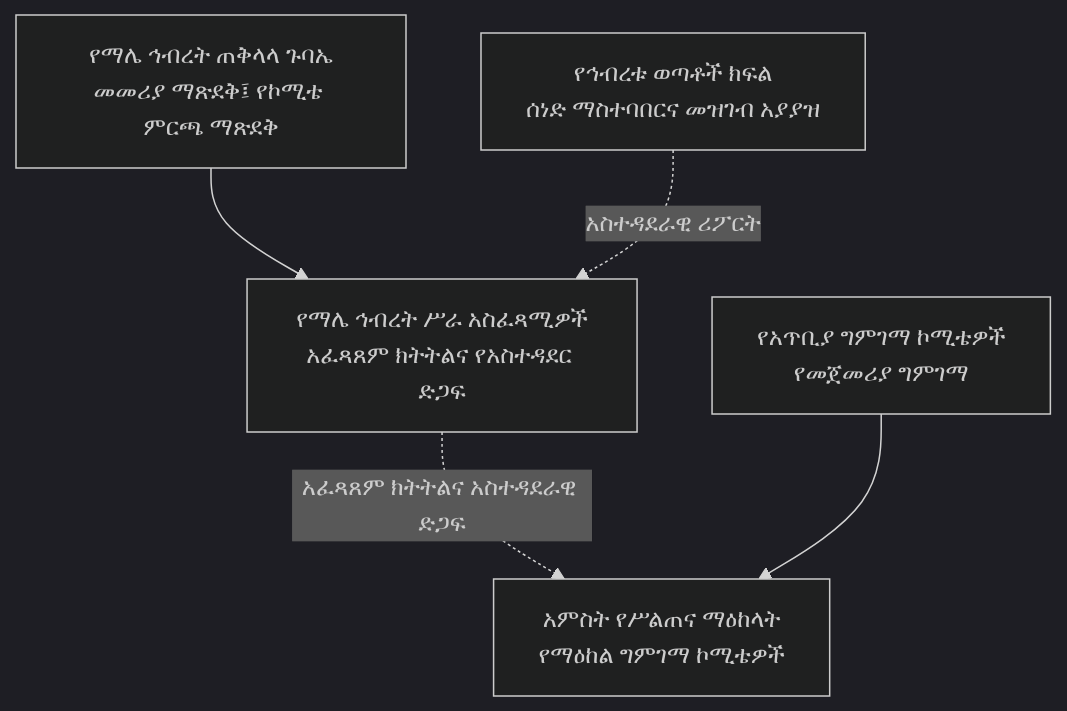
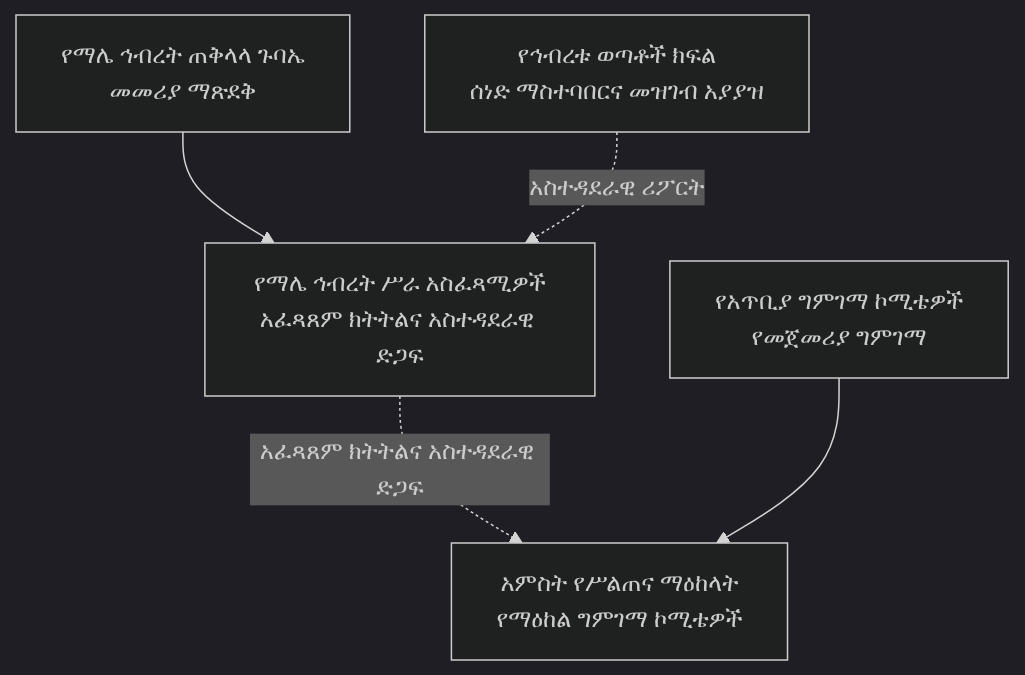
Before and after one commit to akefadaka-git/ekhc-digital-platform: the second of 3 diagrams in docs/governance/maale-song-review-directive-am.md, drawn with Mermaid (dark theme). The commit also changed other lines of this file, not shown here.

````diff
--- a/docs/governance/maale-song-review-directive-am.md
+++ b/docs/governance/maale-song-review-directive-am.md
@@ -115,7 +116,7 @@
 ```mermaid
 flowchart TD
- A[የማሌ ኅብረት ጠቅላላ ጉባኤ<br/>መመሪያ ማጽደቅ፤ የኮሚቴ ምርጫ ማጽደቅ] --> B[የማሌ ኅብረት ሥራ አስፈጻሚዎች<br/>አፈጻጸም ክትትልና የአስተዳደር ድጋፍ]
+ A[የማሌ ኅብረት ጠቅላላ ጉባኤ<br/>መመሪያ ማጽደቅ] --> B[የማሌ ኅብረት ሥራ አስፈጻሚዎች<br/>አፈጻጸም ክትትልና አስተዳደራዊ ድጋፍ]
  B -. አፈጻጸም ክትትልና አስተዳደራዊ ድጋፍ .-> D[አምስት የሥልጠና ማዕከላት<br/>የማዕከል ግምገማ ኮሚቴዎች]
  E[የአጥቢያ ግምገማ ኮሚቴዎች<br/>የመጀመሪያ ግምገማ] --> D
  F[የኅብረቱ ወጣቶች ክፍል<br/>ሰነድ ማስተባበርና መዝገብ አያያዝ] -. አስተዳደራዊ ሪፖርት .-> B
 ```
````
